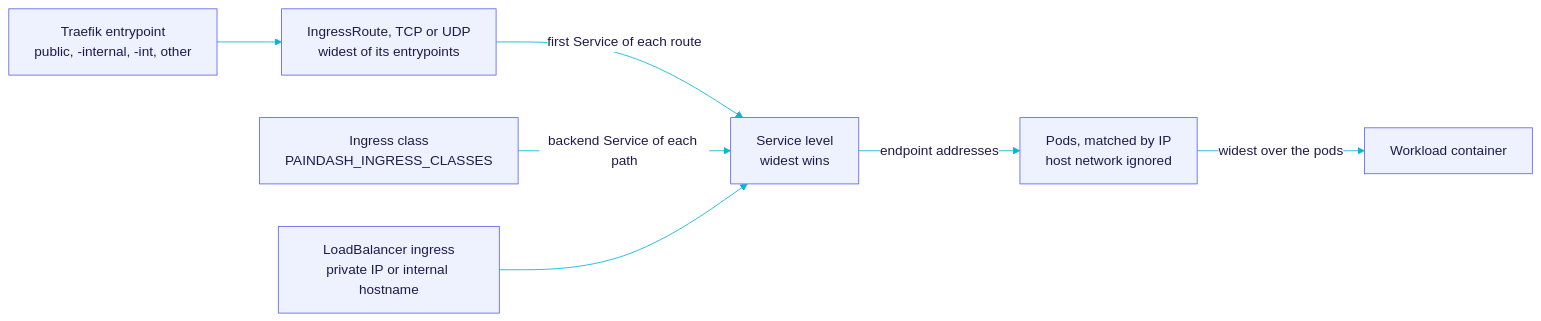
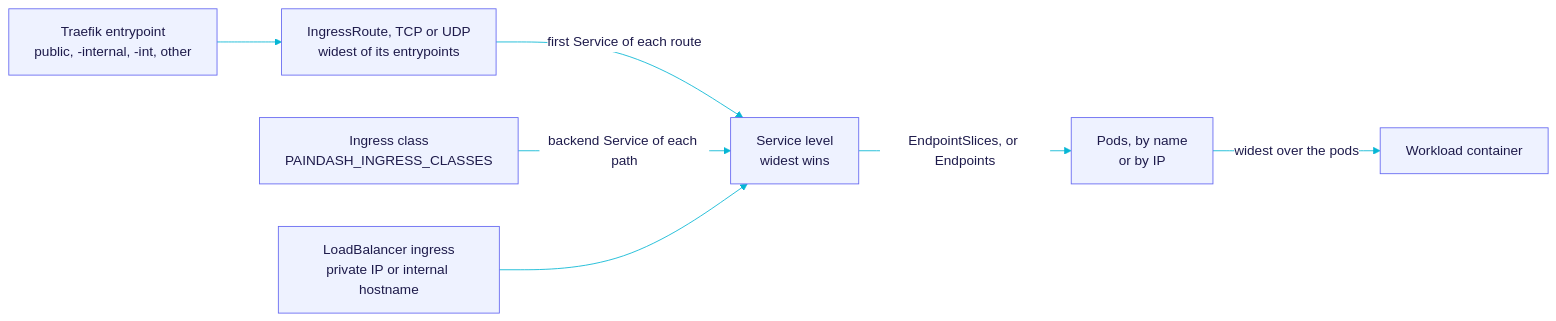
One commit to n0cl0ud/paindash changed the second of 6 diagrams in docs/architecture.md. Above: the diagram before and after it, drawn with Mermaid. The commit also changed other lines of this file and 6 other files, not shown here.

Commit message:
Follow Services to pods through EndpointSlices

````diff
--- a/docs/architecture.md
+++ b/docs/architecture.md
@@ -160,10 +160,10 @@
 ```mermaid
 %%{init: {"theme": "base", "themeVariables": {"primaryColor": "#EEF2FF", "primaryBorderColor": "#6366F1", "primaryTextColor": "#1E1B4B", "secondaryColor": "#ECFEFF", "secondaryBorderColor": "#06B6D4", "tertiaryColor": "#F8FAFC", "tertiaryBorderColor": "#94A3B8", "lineColor": "#06B6D4", "edgeLabelBackground": "#FFFFFF", "clusterBkg": "#F5F3FF", "clusterBorder": "#A78BFA", "titleColor": "#7C3AED", "actorBkg": "#EEF2FF", "actorBorder": "#6366F1", "actorTextColor": "#1E1B4B", "actorLineColor": "#A5B4FC", "signalColor": "#06B6D4", "signalTextColor": "#64748B", "labelBoxBkgColor": "#EEF2FF", "labelBoxBorderColor": "#6366F1", "labelTextColor": "#1E1B4B", "loopTextColor": "#64748B", "noteBkgColor": "#FEF3C7", "noteBorderColor": "#F59E0B", "noteTextColor": "#451A03", "activationBkgColor": "#E0E7FF", "activationBorderColor": "#6366F1", "sequenceNumberColor": "#FFFFFF", "attributeBackgroundColorOdd": "#FFFFFF", "attributeBackgroundColorEven": "#F8FAFC"}}}%%
 flowchart LR
     EP["Traefik entrypoint<br/>public, -internal, -int, other"] --> IR["IngressRoute, TCP or UDP<br/>widest of its entrypoints"]
     IR -->|"first Service of each route"| SVC["Service level<br/>widest wins"]
     ING["Ingress class<br/>PAINDASH_INGRESS_CLASSES"] -->|"backend Service of each path"| SVC
     LB["LoadBalancer ingress<br/>private IP or internal hostname"] --> SVC
-    SVC -->|"endpoint addresses"| POD["Pods, matched by IP<br/>host network ignored"]
+    SVC -->|"EndpointSlices, or Endpoints"| POD["Pods, by name<br/>or by IP"]
     POD -->|"widest over the pods"| CT["Workload container"]
 ```
````
